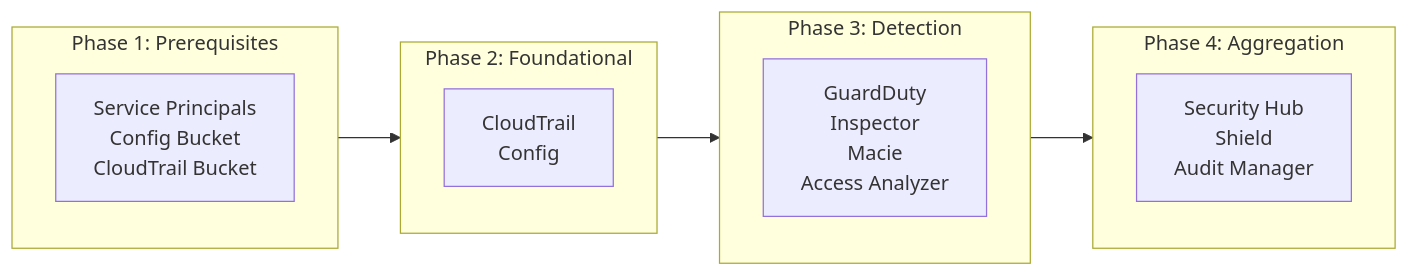
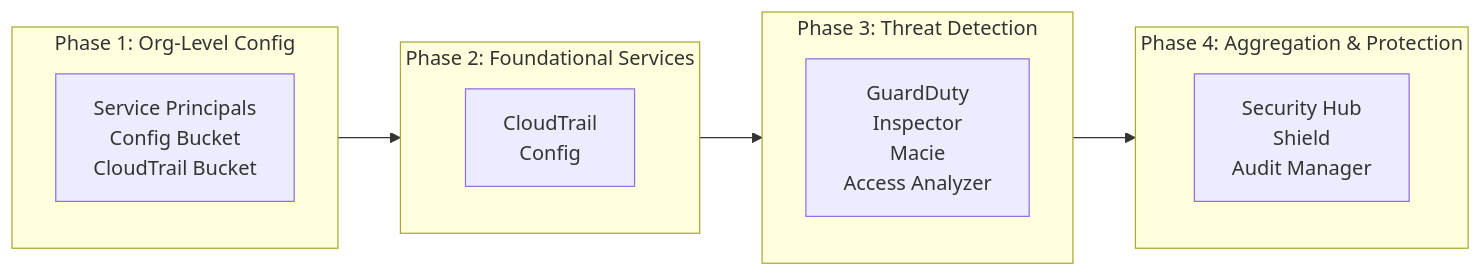
One commit to cloudposse/docs changed the diagram in docs/layers/security-and-compliance/setup.mdx. Above: the diagram before and after it, drawn with Mermaid. The commit also changed other lines of this file and 2 other files, not shown here.

Commit message:
update security and compliance docs

````diff
--- a/docs/layers/security-and-compliance/setup.mdx
+++ b/docs/layers/security-and-compliance/setup.mdx
@@ -33,20 +33,20 @@
 ```mermaid
 flowchart LR
-    subgraph phase1["Phase 1: Prerequisites"]
+    subgraph phase1["Phase 1: Org-Level Config"]
         p1["Service Principals<br/>Config Bucket<br/>CloudTrail Bucket"]
     end
 
-    subgraph phase2["Phase 2: Foundational"]
+    subgraph phase2["Phase 2: Foundational Services"]
         p2["CloudTrail<br/>Config"]
     end
 
-    subgraph phase3["Phase 3: Detection"]
+    subgraph phase3["Phase 3: Threat Detection"]
         p3["GuardDuty<br/>Inspector<br/>Macie<br/>Access Analyzer"]
     end
 
-    subgraph phase4["Phase 4: Aggregation"]
+    subgraph phase4["Phase 4: Aggregation & Protection"]
         p4["Security Hub<br/>Shield<br/>Audit Manager"]
     end
 
     phase1 --> phase2 --> phase3 --> phase4
 ```
````
